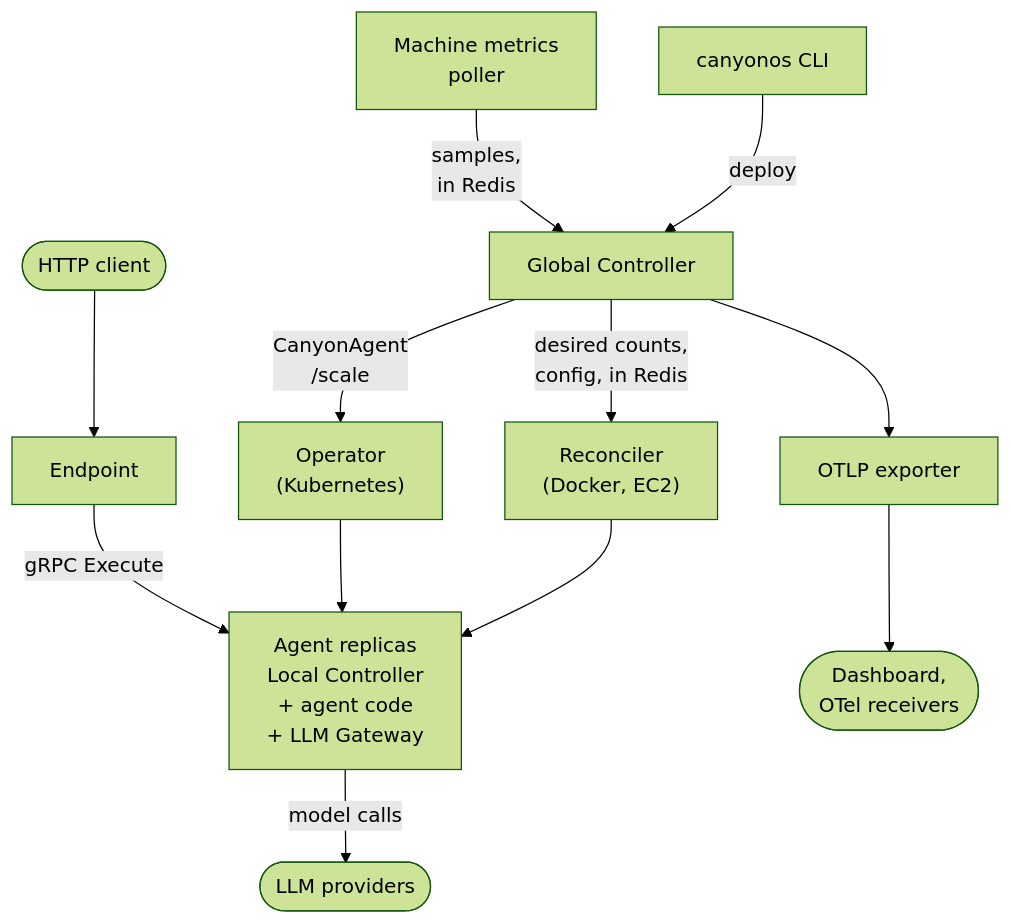
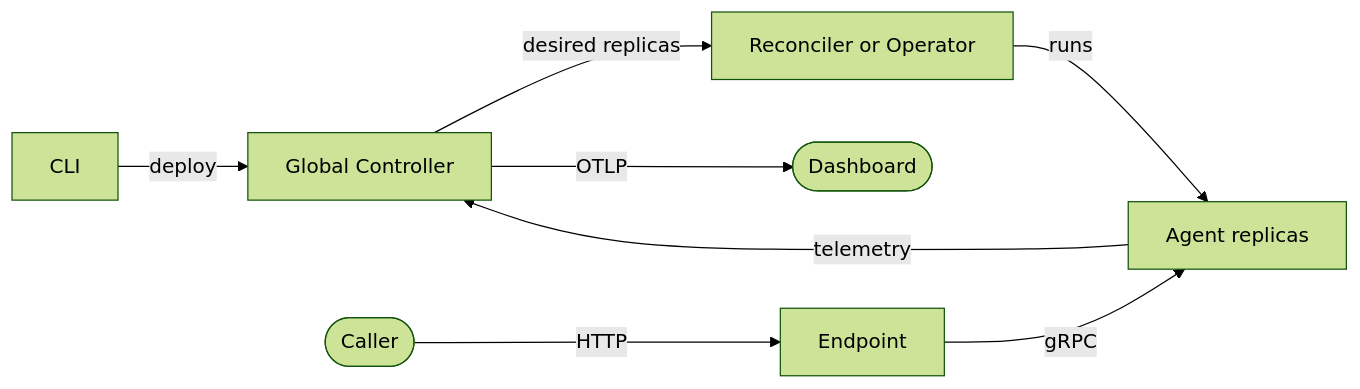
One commit to CanyonCodeCoreAI/canyonos changed the diagram in docs/architecture/README.md. Above: the diagram before and after it, drawn with Mermaid (forest theme). The commit also changed other lines of this file and 8 other files, not shown here.

````diff
--- a/docs/architecture/README.md
+++ b/docs/architecture/README.md
@@ -19,14 +16,10 @@
 ```mermaid
-flowchart TB
-    cli["canyonos CLI"] -->|"deploy"| gc["Global Controller"]
-    mm["Machine metrics<br/>poller"] -->|"samples,<br/>in Redis"| gc
-    gc -->|"desired counts,<br/>config, in Redis"| rec["Reconciler<br/>(Docker, EC2)"]
-    gc -->|"CanyonAgent<br/>/scale"| op["Operator<br/>(Kubernetes)"]
-    gc --> otel["OTLP exporter"]
-    rec --> rep["Agent replicas<br/>Local Controller<br/>+ agent code<br/>+ LLM Gateway"]
-    op --> rep
-    client(["HTTP client"]) --> ep["Endpoint"]
-    ep -->|"gRPC Execute"| rep
-    rep -->|"model calls"| llm(["LLM providers"])
-    otel --> dash(["Dashboard,<br/>OTel receivers"])
+flowchart LR
+    cli["CLI"] -->|"deploy"| gc["Global Controller"]
+    gc -->|"desired replicas"| orch["Reconciler or Operator"]
+    orch -->|"runs"| rep["Agent replicas"]
+    caller(["Caller"]) -->|"HTTP"| ep["Endpoint"]
+    ep -->|"gRPC"| rep
+    rep -->|"telemetry"| gc
+    gc -->|"OTLP"| dash(["Dashboard"])
 ```
````
